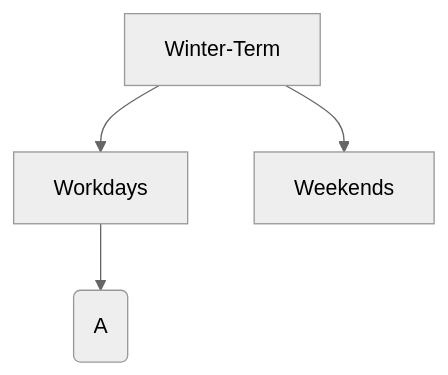
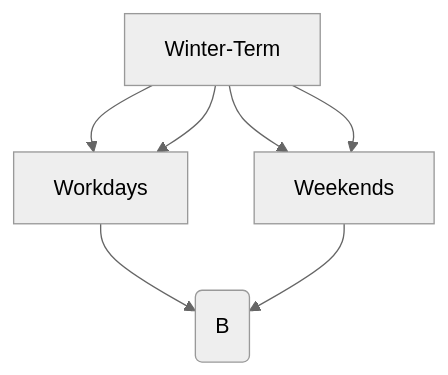
Before and after one commit to hajri94/Predictive-Model-for-Heat-Load-in-Buildings-Connected-to-District-Heating-Network: the diagram in README.md, drawn with Mermaid (neutral theme).

````diff
--- a/README.md
+++ b/README.md
@@ -71,6 +71,9 @@
 ```mermaid
 graph TD;
     Winter-Term-->Workdays;
     Winter-Term-->Weekends;    
     Workdays-->Model-(A);    
+    Winter-Term-->Workdays;
+    Winter-Term-->Weekends;    
+    Weekends-->Model-(B);
 ```
````
